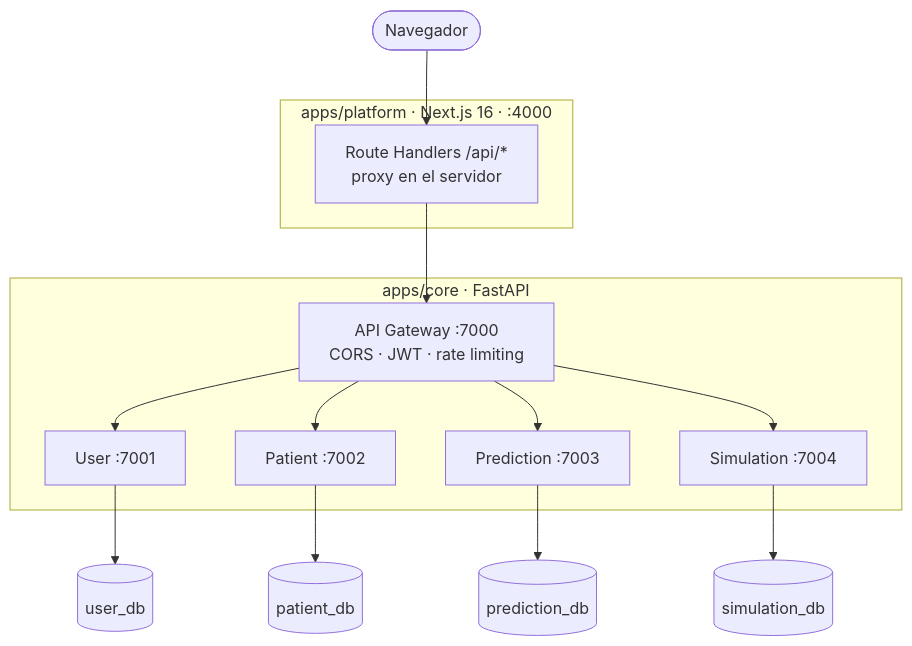
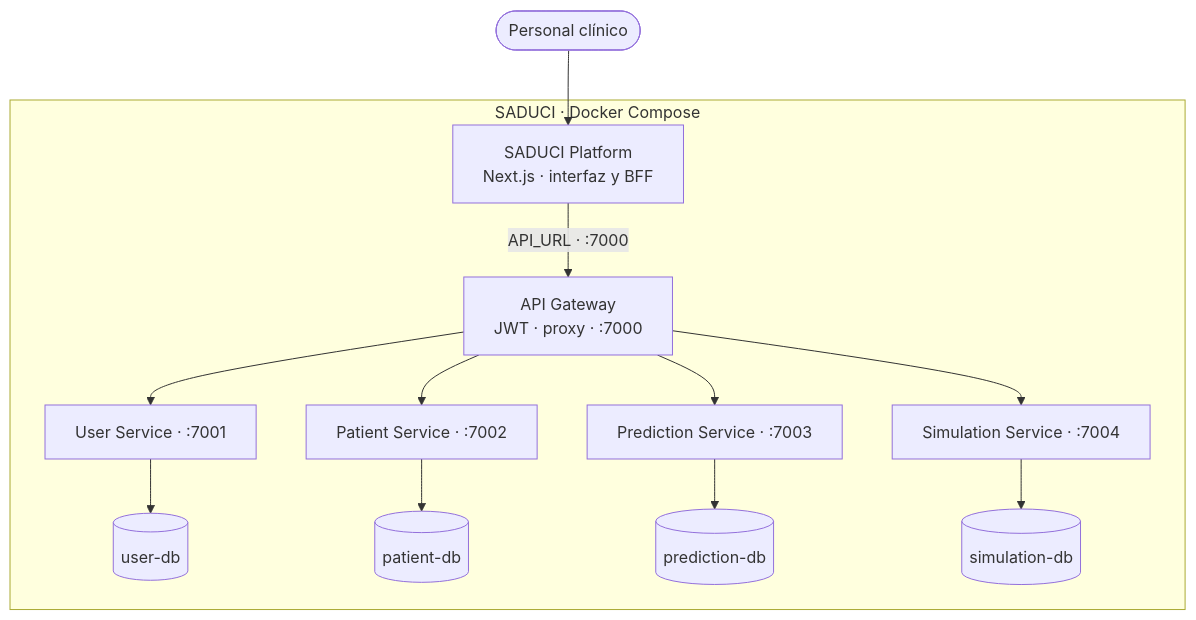
One commit to coslatte/saduci changed the diagram in README.md. Above: the diagram before and after it, drawn with Mermaid. The commit also changed other lines of this file and 208 other files, not shown here.

Commit message:
docs: publish architecture diagram and English overview

````diff
--- a/README.md
+++ b/README.md
@@ -11,34 +22,29 @@
 ```mermaid
 flowchart TB
-    browser([Navegador])
+    clinician([Personal clínico])
 
-    subgraph platform["apps/platform · Next.js 16 · :4000"]
-        routes["Route Handlers /api/*<br/>proxy en el servidor"]
+    subgraph stack["SADUCI · Docker Compose"]
+        platform["SADUCI Platform<br/>Next.js · interfaz y BFF"]
+        gateway["API Gateway<br/>JWT · proxy · :7000"]
+        user["User Service · :7001"]
+        patient["Patient Service · :7002"]
+        prediction["Prediction Service · :7003"]
+        simulation["Simulation Service · :7004"]
+        userdb[(user-db)]
+        patientdb[(patient-db)]
+        predictiondb[(prediction-db)]
+        simulationdb[(simulation-db)]
+
+        platform -->|"API_URL · :7000"| gateway
+        gateway --> user
+        gateway --> patient
+        gateway --> prediction
+        gateway --> simulation
+        user --> userdb
+        patient --> patientdb
+        prediction --> predictiondb
+        simulation --> simulationdb
     end
 
-    subgraph core["apps/core · FastAPI"]
-        gateway["API Gateway :7000<br/>CORS · JWT · rate limiting"]
-        user["User :7001"]
-        patient["Patient :7002"]
-        prediction["Prediction :7003"]
-        simulation["Simulation :7004"]
-    end
-
-    udb[(user_db)]
-    pdb[(patient_db)]
-    predb[(prediction_db)]
-    sdb[(simulation_db)]
-
-    browser --> routes
-    routes --> gateway
-
-    gateway --> user
-    gateway --> patient
-    gateway --> prediction
-    gateway --> simulation
-
-    user --> udb
-    patient --> pdb
-    prediction --> predb
-    simulation --> sdb
+    clinician --> platform
 ```
````
